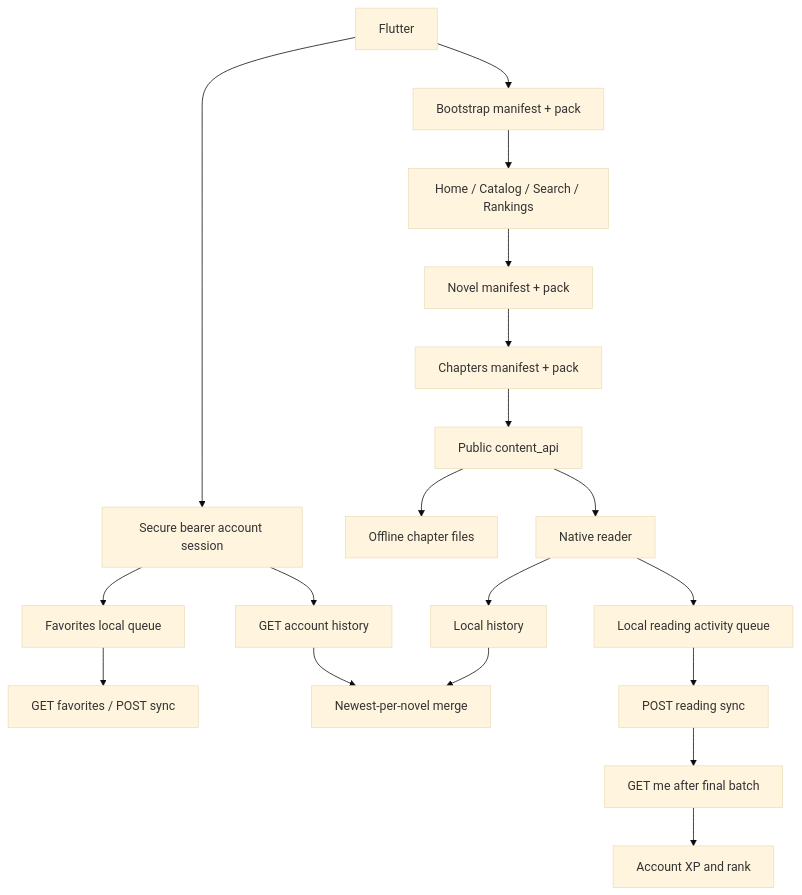
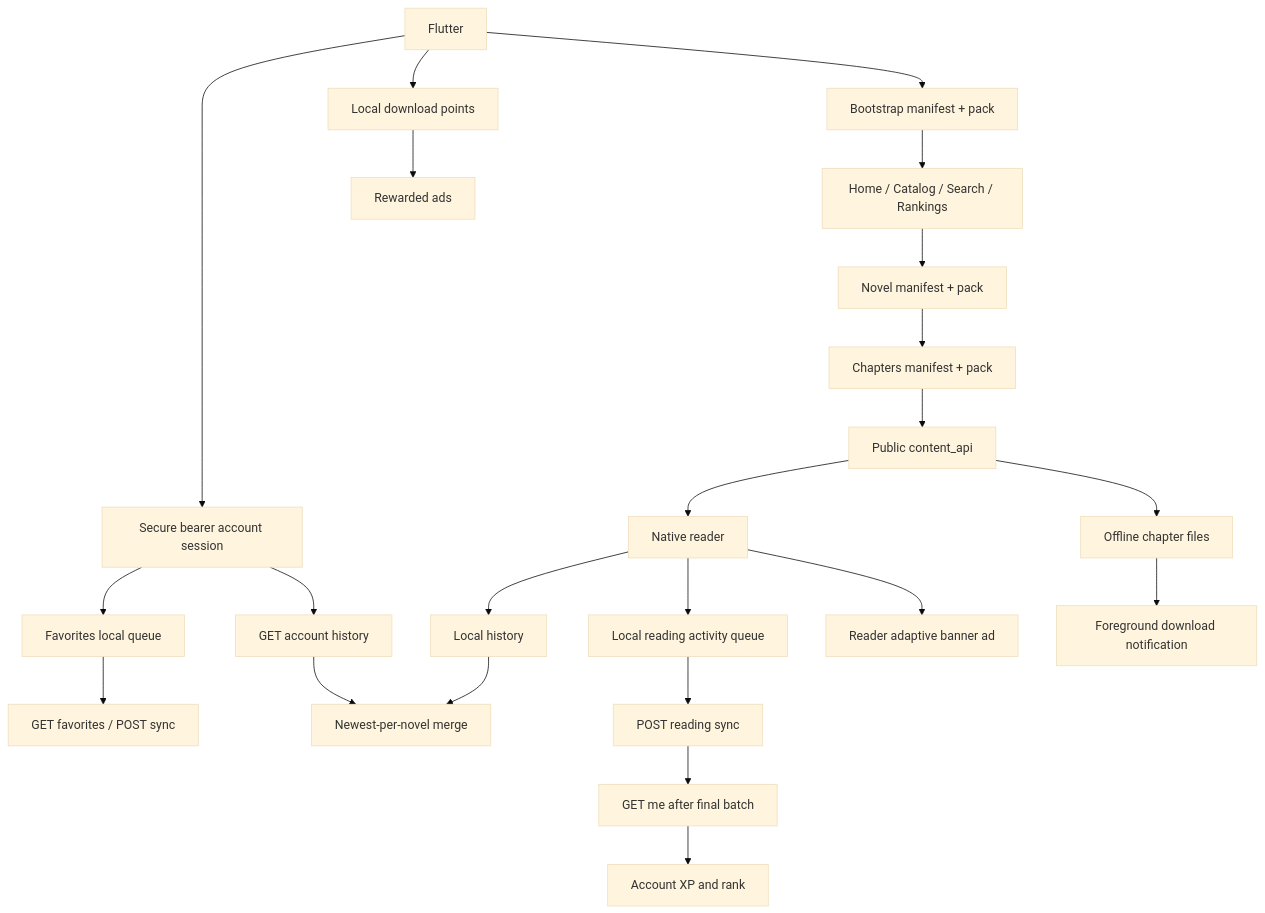
The diagram in galaxy_novels_app/docs/app_api_gap_audit.md (mohmaedeslam00116/Galaxy-Novels), drawn with Mermaid (base theme) before and after one commit. The commit also changed other lines of this file and 54 other files, not shown here.

First line of the commit message:
feat(app): stabilize reader downloads and VIP flows

````diff
--- a/galaxy_novels_app/docs/app_api_gap_audit.md
+++ b/galaxy_novels_app/docs/app_api_gap_audit.md
@@ -45,21 +45,25 @@
 ```mermaid
 flowchart TD
     A["Flutter"] --> B["Bootstrap manifest + pack"]
     B --> C["Home / Catalog / Search / Rankings"]
     C --> D["Novel manifest + pack"]
     D --> E["Chapters manifest + pack"]
     E --> F["Public content_api"]
     F --> G["Native reader"]
     G --> H["Local history"]
     F --> I["Offline chapter files"]
     A --> J["Secure bearer account session"]
     J --> K["Favorites local queue"]
     K --> L["GET favorites / POST sync"]
     J --> M["GET account history"]
     H --> N["Newest-per-novel merge"]
     M --> N
     G --> O["Local reading activity queue"]
     O --> P["POST reading sync"]
     P --> Q["GET me after final batch"]
     Q --> R["Account XP and rank"]
+    G --> S["Reader adaptive banner ad"]
+    A --> T["Local download points"]
+    T --> U["Rewarded ads"]
+    I --> V["Foreground download notification"]
 ```
````
